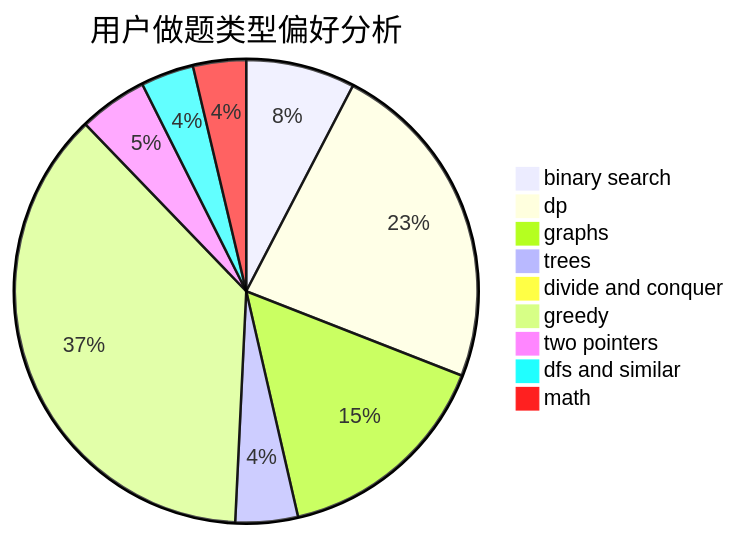
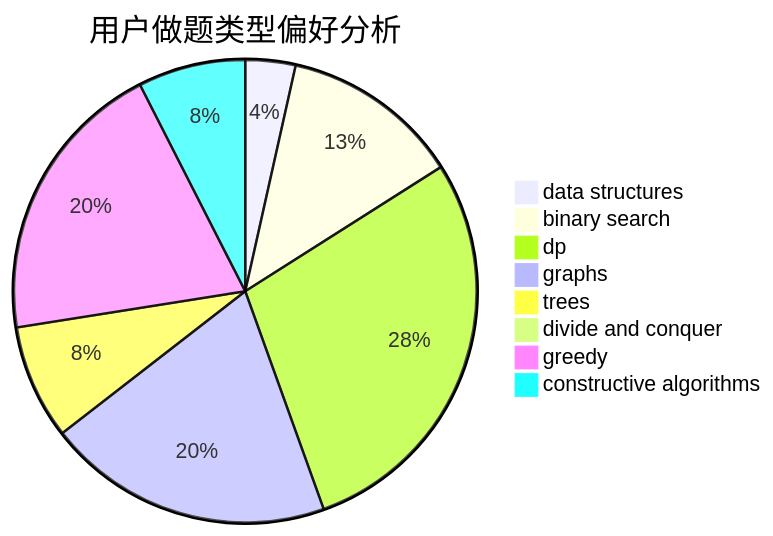
The second of 3 diagrams in docs/user/u1877.md (sherpahu/cfrs.github.io), drawn with Mermaid before and after one commit. The commit also changed other lines of this file and 2775 other files, not shown here.

````diff
--- a/docs/user/u1877.md
+++ b/docs/user/u1877.md
@@ -23,12 +23,11 @@
 ```mermaid
 pie title 用户做题类型偏好分析
-    "binary search" :  35
-    "dp" :  107
-    "graphs" :  71
-    "trees" :  20
+    "data structures" :  7
+    "binary search" :  25
+    "dp" :  57
+    "graphs" :  40
+    "trees" :  16
     "divide and conquer" :  0
-    "greedy" :  170
-    "two pointers" :  22
-    "dfs and similar" :  17
-    "math" :  17
+    "greedy" :  40
+    "constructive algorithms" :  15
 ```
````
